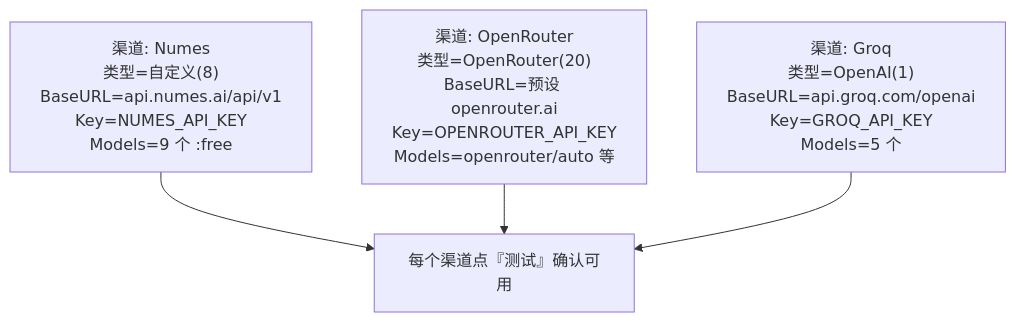
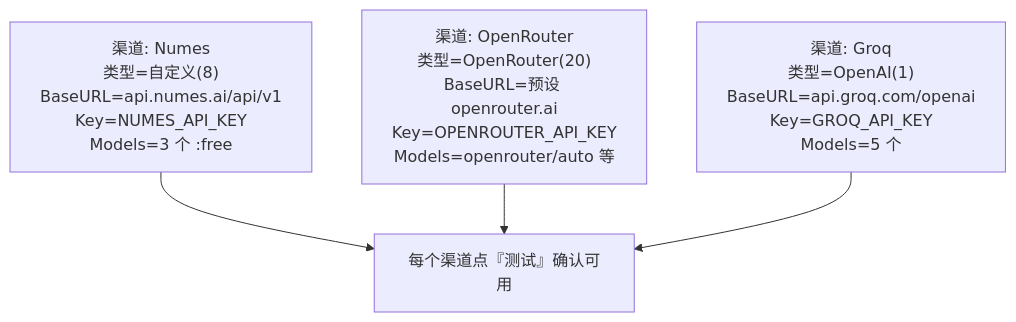
One commit to zseagate/free-api-gateway changed the second of 4 diagrams in SETUP.md. Above: the diagram before and after it, drawn with Mermaid. The commit also changed other lines of this file, not shown here.

````diff
--- a/SETUP.md
+++ b/SETUP.md
@@ -93,9 +111,9 @@
 ```mermaid
 flowchart TD
-    A["渠道: Numes<br/>类型=自定义(8)<br/>BaseURL=api.numes.ai/api/v1<br/>Key=NUMES_API_KEY<br/>Models=9 个 :free"] 
+    A["渠道: Numes<br/>类型=自定义(8)<br/>BaseURL=api.numes.ai/api/v1<br/>Key=NUMES_API_KEY<br/>Models=3 个 :free"] 
     B["渠道: OpenRouter<br/>类型=OpenRouter(20)<br/>BaseURL=预设 openrouter.ai<br/>Key=OPENROUTER_API_KEY<br/>Models=openrouter/auto 等"]
     C["渠道: Groq<br/>类型=OpenAI(1)<br/>BaseURL=api.groq.com/openai<br/>Key=GROQ_API_KEY<br/>Models=5 个"]
     A --> T["每个渠道点『测试』确认可用"]
     B --> T
     C --> T
 ```
````
